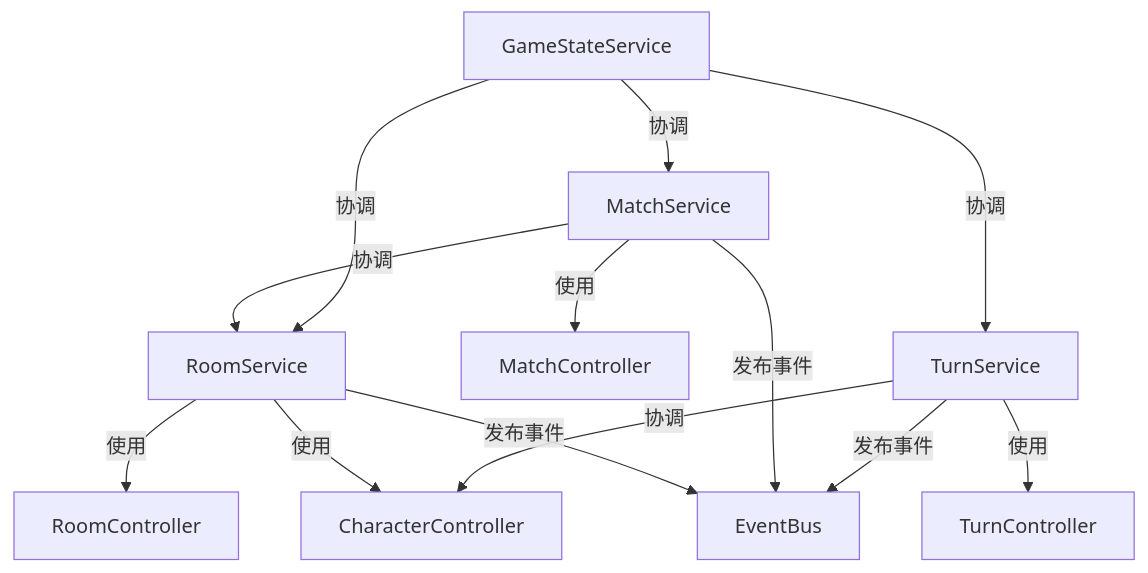
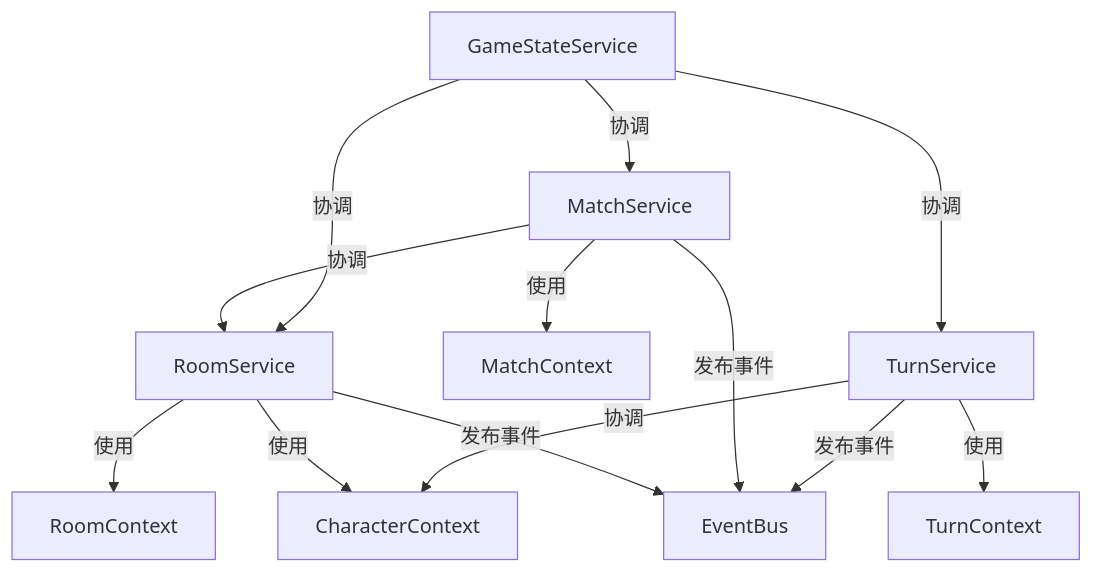
The fifth of 7 diagrams in docs/架构.md (crossagent/paotuan), drawn with Mermaid before and after one commit. The commit also changed other lines of this file and 6 other files, not shown here.

````diff
--- a/docs/架构.md
+++ b/docs/架构.md
@@ -152,19 +152,19 @@
 ```mermaid
 graph TD
-    RoomService --> |使用| RoomController
-    RoomService --> |使用| CharacterController
+    RoomService --> |使用| RoomContext
+    RoomService --> |使用| CharacterContext
     
-    MatchService --> |使用| MatchController
+    MatchService --> |使用| MatchContext
     MatchService --> |协调| RoomService
     
-    TurnService --> |使用| TurnController
-    TurnService --> |协调| CharacterController
+    TurnService --> |使用| TurnContext
+    TurnService --> |协调| CharacterContext
     
     GameStateService --> |协调| RoomService
     GameStateService --> |协调| MatchService
     GameStateService --> |协调| TurnService
     
     RoomService --> |发布事件| EventBus
     MatchService --> |发布事件| EventBus
     TurnService --> |发布事件| EventBus
 ```
````
